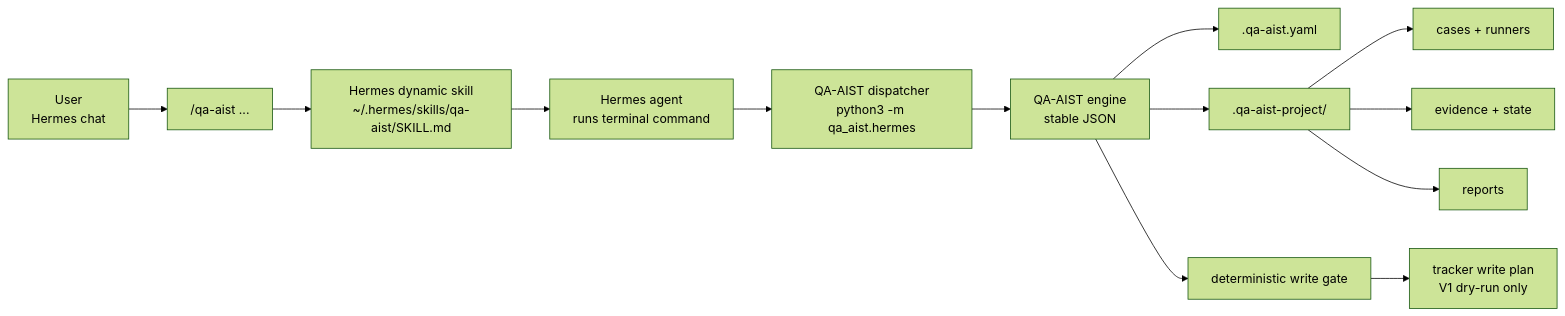
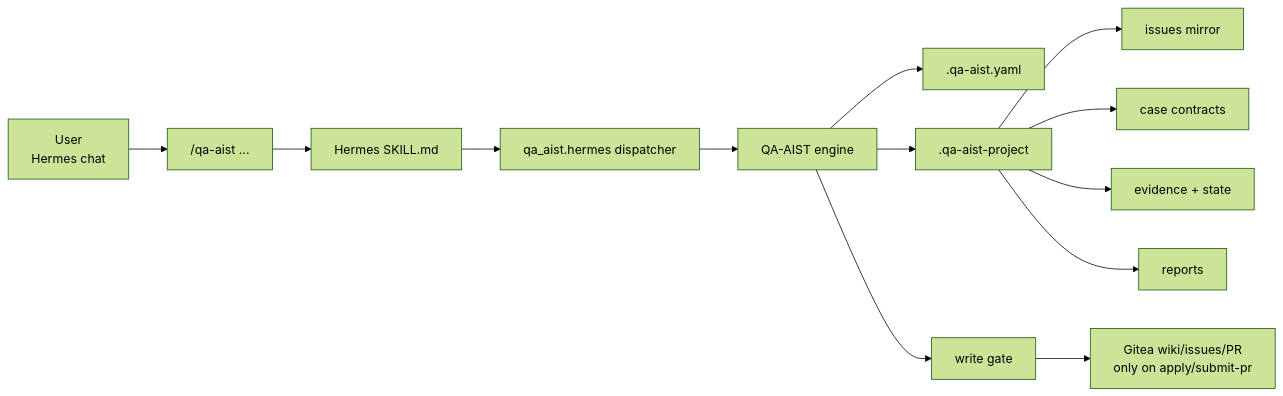
Before and after one commit to siriChiu/quality-assurance-AI-system-testing: the first of 2 diagrams in README.md, drawn with Mermaid (forest theme). The commit also changed other lines of this file and 15 other files, not shown here.

````diff
--- a/README.md
+++ b/README.md
@@ -32,15 +20,15 @@
 ```mermaid
 flowchart LR
   user["User<br/>Hermes chat"] --> slash["/qa-aist ..."]
-  slash --> skill["Hermes dynamic skill<br/>~/.hermes/skills/qa-aist/SKILL.md"]
-  skill --> agent["Hermes agent<br/>runs terminal command"]
-  agent --> dispatcher["QA-AIST dispatcher<br/>python3 -m qa_aist.hermes"]
-  dispatcher --> engine["QA-AIST engine<br/>stable JSON"]
-  engine --> config[".qa-aist.yaml"]
-  engine --> workspace[".qa-aist-project/"]
-  workspace --> cases["cases + runners"]
-  workspace --> evidence["evidence + state"]
-  workspace --> reports["reports"]
-  engine --> gate["deterministic write gate"]
-  gate --> plan["tracker write plan<br/>V1 dry-run only"]
+  slash --> skill["Hermes SKILL.md"]
+  skill --> dispatcher["qa_aist.hermes dispatcher"]
+  dispatcher --> engine["QA-AIST engine"]
+  engine --> cfg[".qa-aist.yaml"]
+  engine --> ws[".qa-aist-project"]
+  ws --> issues["issues mirror"]
+  ws --> cases["case contracts"]
+  ws --> evidence["evidence + state"]
+  ws --> reports["reports"]
+  engine --> gate["write gate"]
+  gate --> gitea["Gitea wiki/issues/PR<br/>only on apply/submit-pr"]
 ```
````
